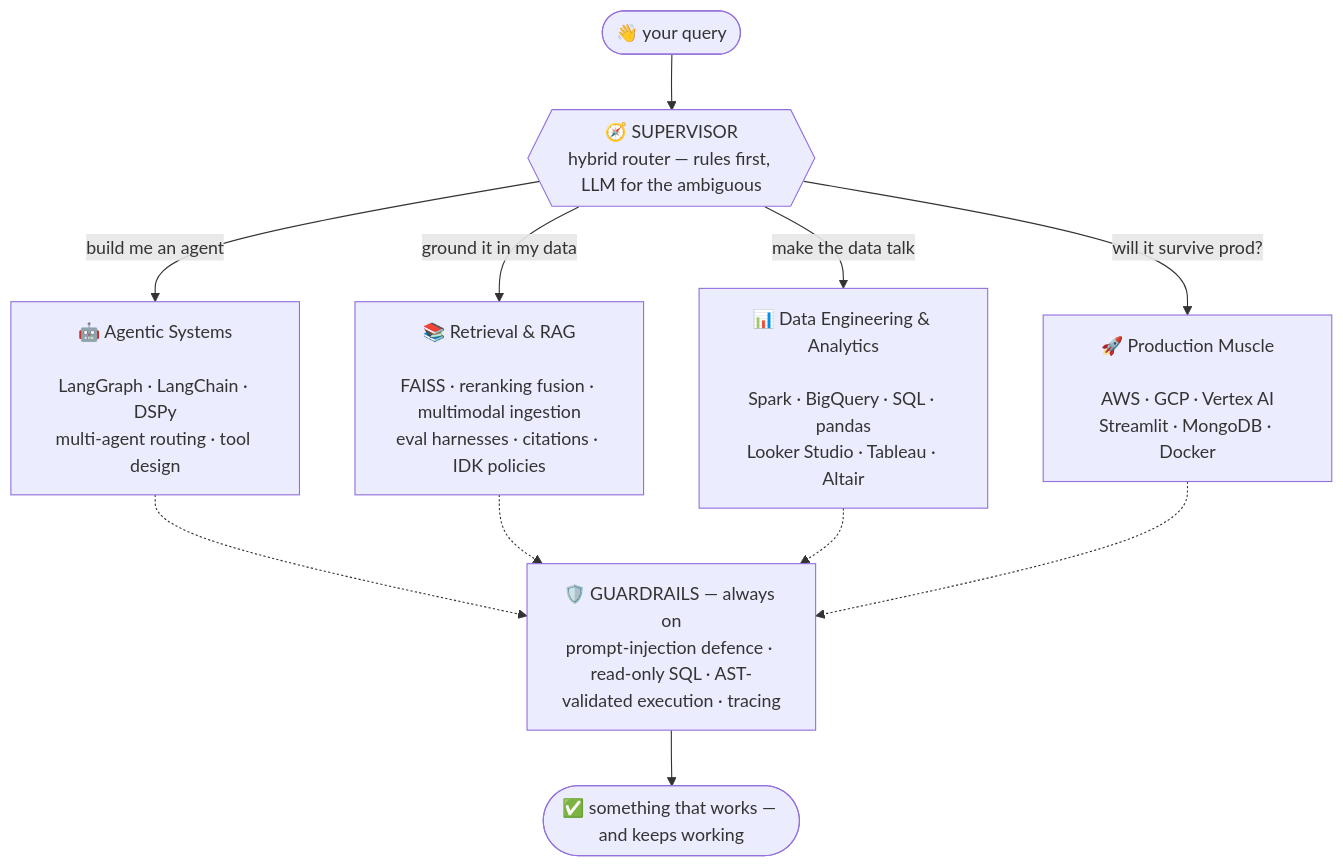
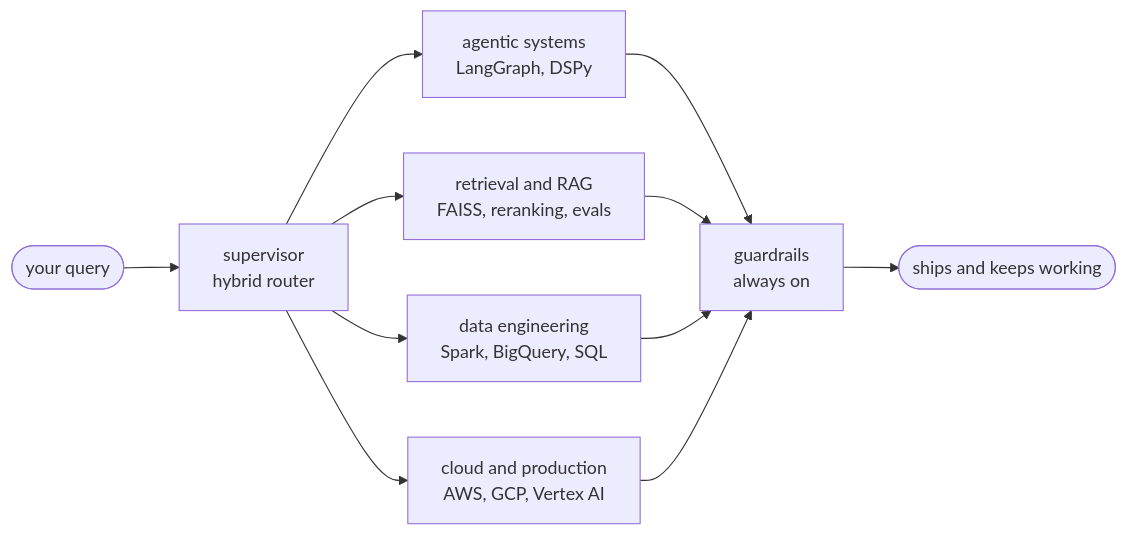
The diagram in README.md (AadityaPoonia/AadityaPoonia), drawn with Mermaid before and after one commit.

Commit message:
Fix broken Mermaid diagram with validated syntax
The previous flowchart used unvalidated syntax (hexagon node, emoji in
unquoted labels, dotted forward references) that GitHub's renderer
rejected, showing raw source instead of a diagram. Replace with a
compact left-to-right flowchart verified to render via mermaid.ink.

````diff
--- a/README.md
+++ b/README.md
@@ -42,18 +42,13 @@
 ```mermaid
-flowchart TD
-    Q([👋 your query]) --> S{{"🧭 SUPERVISOR<br/>hybrid router — rules first, LLM for the ambiguous"}}
-
-    S -->|"build me an agent"| A["🤖 Agentic Systems<br/><br/>LangGraph · LangChain · DSPy<br/>multi-agent routing · tool design"]
-    S -->|"ground it in my data"| R["📚 Retrieval & RAG<br/><br/>FAISS · reranking fusion · multimodal ingestion<br/>eval harnesses · citations · IDK policies"]
-    S -->|"make the data talk"| D["📊 Data Engineering & Analytics<br/><br/>Spark · BigQuery · SQL · pandas<br/>Looker Studio · Tableau · Altair"]
-    S -->|"will it survive prod?"| P["🚀 Production Muscle<br/><br/>AWS · GCP · Vertex AI<br/>Streamlit · MongoDB · Docker"]
-
-    A -.-> G
-    R -.-> G
-    D -.-> G
-    P -.-> G
-
-    G["🛡️ GUARDRAILS — always on<br/>prompt-injection defence · read-only SQL · AST-validated execution · tracing"]
-
-    G --> OUT([✅ something that works — and keeps working])
+flowchart LR
+    Q(["your query"]) --> S["supervisor<br/>hybrid router"]
+    S --> A["agentic systems<br/>LangGraph, DSPy"]
+    S --> R["retrieval and RAG<br/>FAISS, reranking, evals"]
+    S --> D["data engineering<br/>Spark, BigQuery, SQL"]
+    S --> P["cloud and production<br/>AWS, GCP, Vertex AI"]
+    A --> G["guardrails<br/>always on"]
+    R --> G
+    D --> G
+    P --> G
+    G --> W(["ships and keeps working"])
 ```
````
